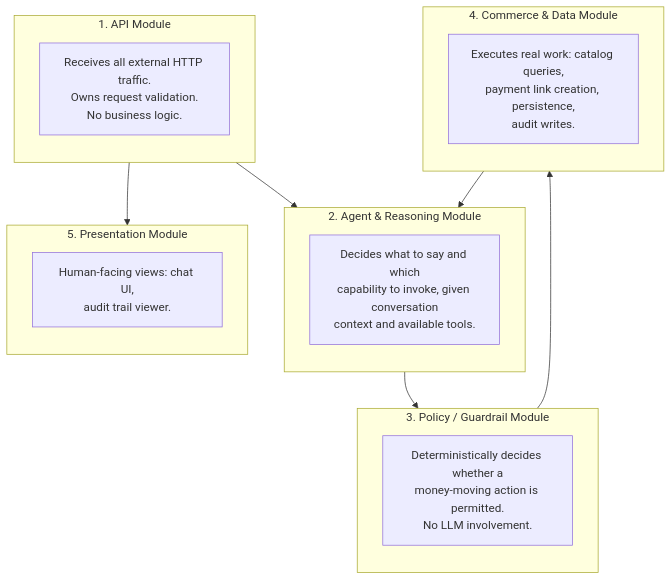
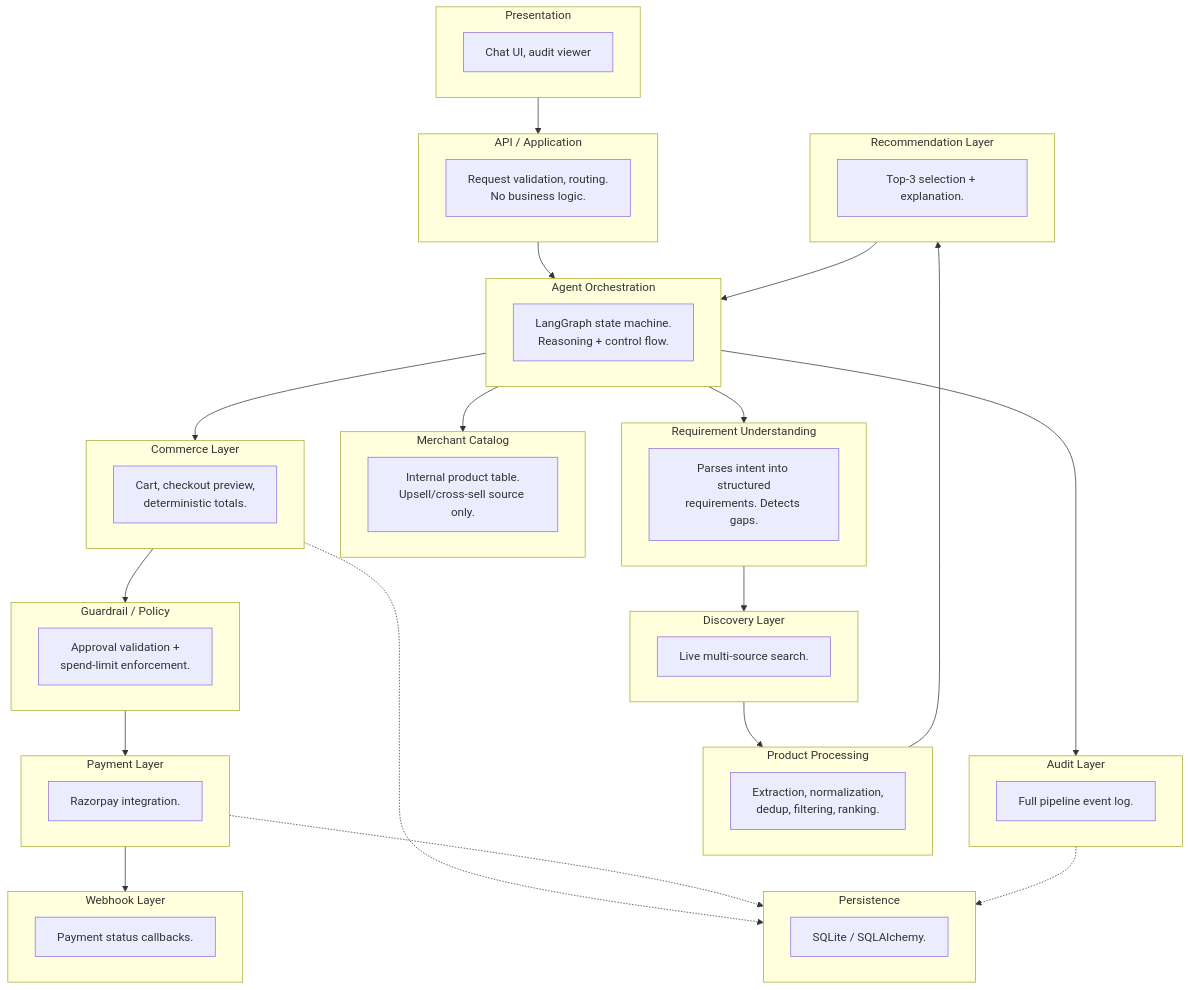
The second of 4 diagrams in docs/HIGH_LEVEL_DESIGN.md (Astha64/growthmate), drawn with Mermaid before and after one commit. The commit also changed other lines of this file and 18 other files, not shown here.

````diff
--- a/docs/HIGH_LEVEL_DESIGN.md
+++ b/docs/HIGH_LEVEL_DESIGN.md
@@ -60,33 +52,54 @@
 ```mermaid
 flowchart TB
-    subgraph M1["1. API Module"]
-        direction TB
-        A1["Receives all external HTTP traffic.<br/>Owns request validation.<br/>No business logic."]
+    subgraph M1["Presentation"]
+        A1["Chat UI, audit viewer"]
+    end
+    subgraph M2["API / Application"]
+        A2["Request validation, routing.<br/>No business logic."]
+    end
+    subgraph M3["Agent Orchestration"]
+        A3["LangGraph state machine.<br/>Reasoning + control flow."]
+    end
+    subgraph M4["Requirement Understanding"]
+        A4["Parses intent into structured<br/>requirements. Detects gaps."]
+    end
+    subgraph M5["Discovery Layer"]
+        A5["Live multi-source search."]
+    end
+    subgraph M6["Product Processing"]
+        A6["Extraction, normalization,<br/>dedup, filtering, ranking."]
+    end
+    subgraph M7["Recommendation Layer"]
+        A7["Top-3 selection + explanation."]
+    end
+    subgraph M8["Merchant Catalog"]
+        A8["Internal product table.<br/>Upsell/cross-sell source only."]
+    end
+    subgraph M9["Commerce Layer"]
+        A9["Cart, checkout preview,<br/>deterministic totals."]
+    end
+    subgraph M10["Guardrail / Policy"]
+        A10["Approval validation +<br/>spend-limit enforcement."]
+    end
+    subgraph M11["Payment Layer"]
+        A11["Razorpay integration."]
+    end
+    subgraph M12["Webhook Layer"]
+        A12["Payment status callbacks."]
+    end
+    subgraph M13["Audit Layer"]
+        A13["Full pipeline event log."]
+    end
+    subgraph M14["Persistence"]
+        A14["SQLite / SQLAlchemy."]
     end
 
-    subgraph M2["2. Agent & Reasoning Module"]
-        direction TB
-        A2["Decides what to say and which<br/>capability to invoke, given conversation<br/>context and available tools."]
-    end
-
-    subgraph M3["3. Policy / Guardrail Module"]
-        direction TB
-        A3["Deterministically decides whether a<br/>money-moving action is permitted.<br/>No LLM involvement."]
-    end
-
-    subgraph M4["4. Commerce & Data Module"]
-        direction TB
-        A4["Executes real work: catalog queries,<br/>payment link creation, persistence,<br/>audit writes."]
-    end
-
-    subgraph M5["5. Presentation Module"]
-        direction TB
-        A5["Human-facing views: chat UI,<br/>audit trail viewer."]
-    end
-
-    M1 --> M2
-    M2 --> M3
-    M3 --> M4
-    M4 --> M2
-    M1 --> M5
+    M1 --> M2 --> M3
+    M3 --> M4 --> M5 --> M6 --> M7 --> M3
+    M3 --> M8
+    M3 --> M9 --> M10 --> M11 --> M12
+    M9 -.-> M14
+    M11 -.-> M14
+    M13 -.-> M14
+    M3 --> M13
 ```
````
